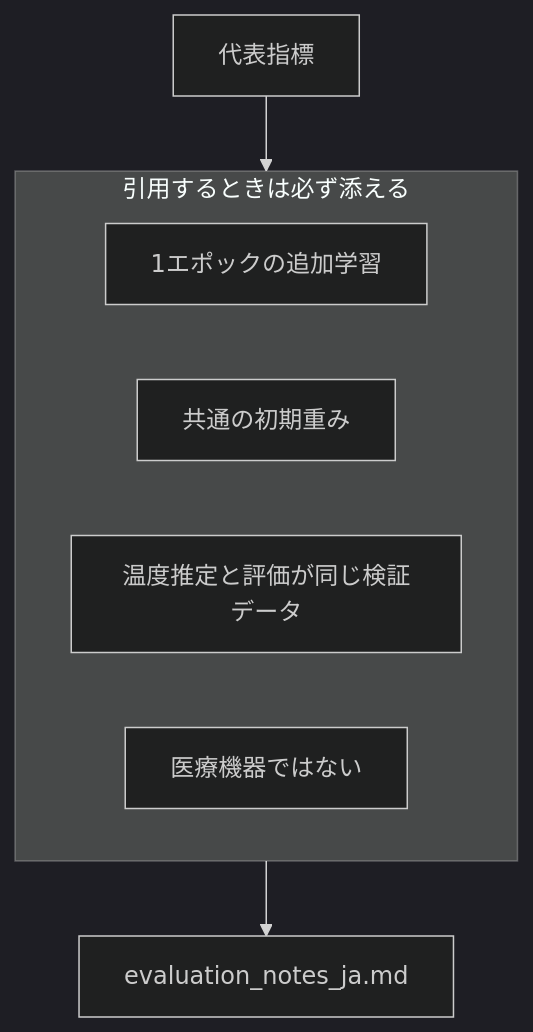
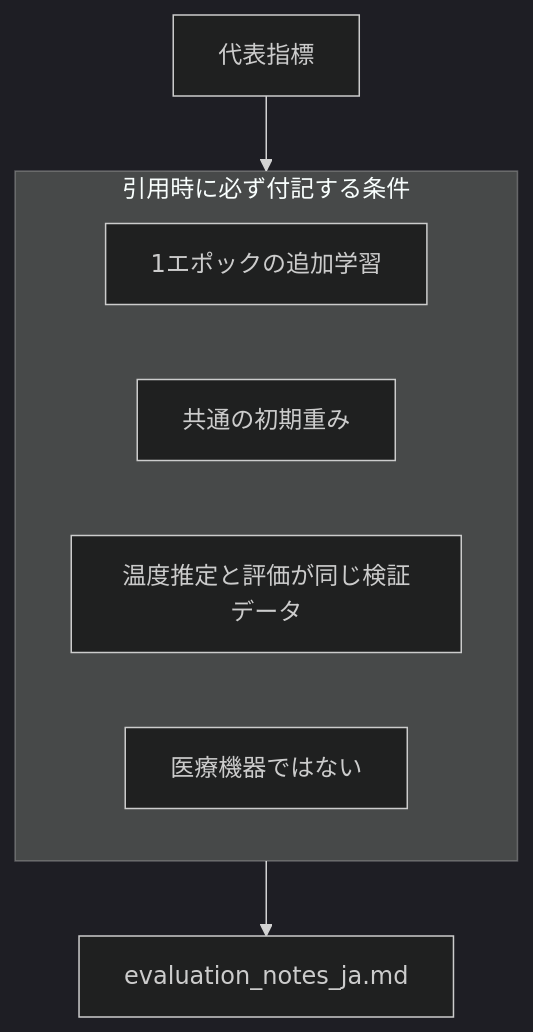
One commit to yskfuji/rsna-ich-reproducible-pipeline changed the first of 2 diagrams in docs/evaluation_notes_ja.md. Above: the diagram before and after it, drawn with Mermaid (dark theme). The commit also changed other lines of this file and 10 other files, not shown here.

````diff
--- a/docs/evaluation_notes_ja.md
+++ b/docs/evaluation_notes_ja.md
@@ -25,11 +25,11 @@
 ```mermaid
 flowchart TB
-  subgraph cite [引用するときは必ず添える]
+  subgraph cite [引用時に必ず付記する条件]
     C1[1エポックの追加学習]
     C2[共通の初期重み]
     C3[温度推定と評価が同じ検証データ]
     C4[医療機器ではない]
   end
   H[代表指標] --> cite
   cite --> N[evaluation_notes_ja.md]
 ```
````
